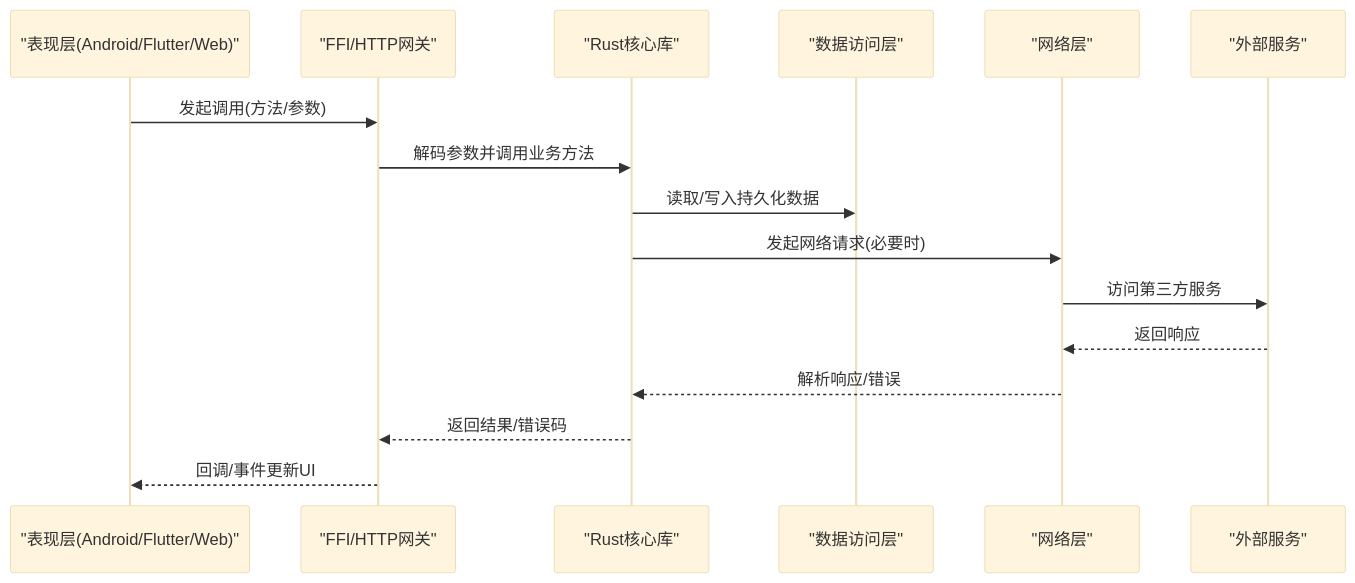
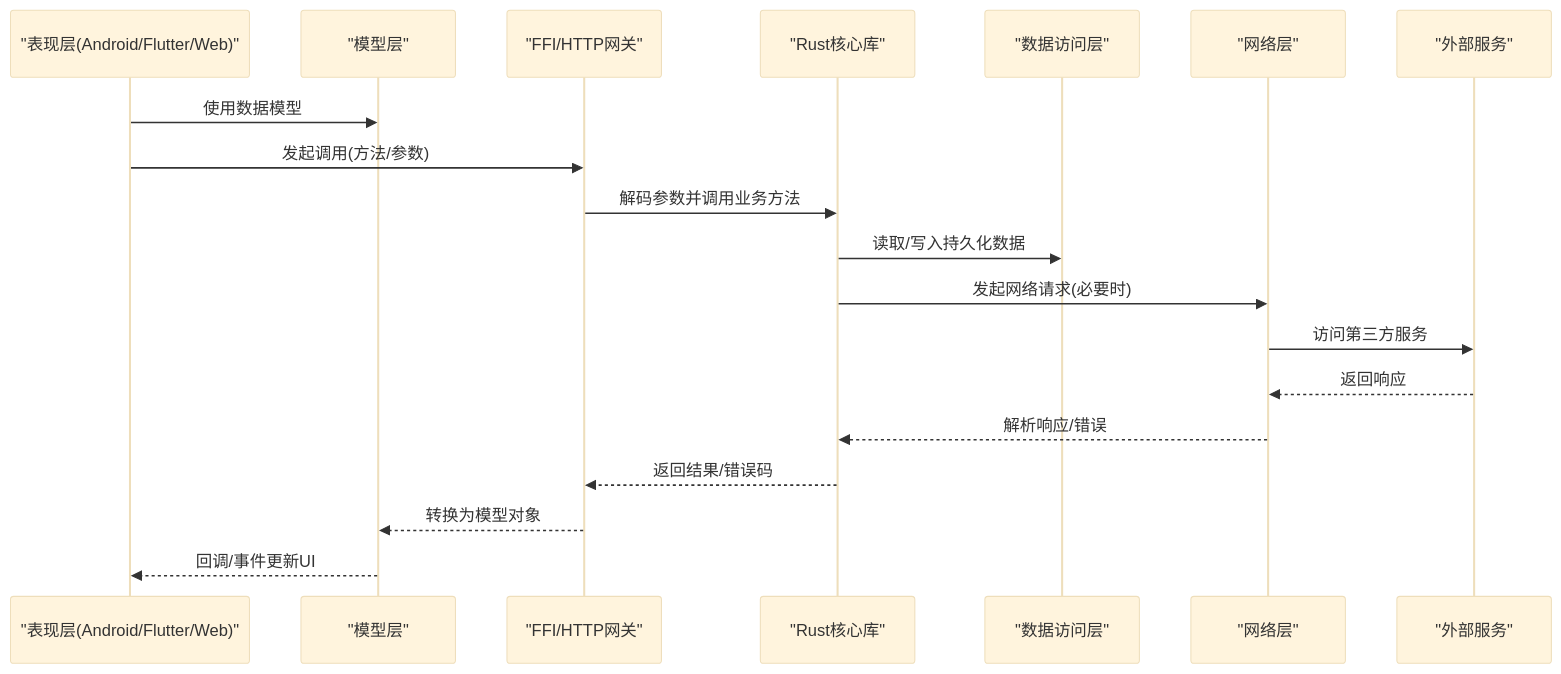
One commit to ZhangGHGitHub/LegadoTeamFlutter changed the second of 10 diagrams in .qoder/repowiki/zh/content/架构设计/分层架构设计/分层架构设计.md. Above: the diagram before and after it, drawn with Mermaid (base theme). The commit also changed other lines of this file and 173 other files, not shown here.

````diff
--- a/.qoder/repowiki/zh/content/架构设计/分层架构设计/分层架构设计.md
+++ b/.qoder/repowiki/zh/content/架构设计/分层架构设计/分层架构设计.md
@@ -130,18 +161,21 @@
 ```mermaid
 sequenceDiagram
 participant UI as "表现层(Android/Flutter/Web)"
+participant Model as "模型层"
 participant FFI as "FFI/HTTP网关"
 participant Core as "Rust核心库"
 participant DA as "数据访问层"
 participant Net as "网络层"
 participant Ext as "外部服务"
+UI->>Model : 使用数据模型
 UI->>FFI : 发起调用(方法/参数)
 FFI->>Core : 解码参数并调用业务方法
 Core->>DA : 读取/写入持久化数据
 Core->>Net : 发起网络请求(必要时)
 Net->>Ext : 访问第三方服务
 Ext-->>Net : 返回响应
 Net-->>Core : 解析响应/错误
 Core-->>FFI : 返回结果/错误码
-FFI-->>UI : 回调/事件更新UI
+FFI-->>Model : 转换为模型对象
+Model-->>UI : 回调/事件更新UI
 ```
````
